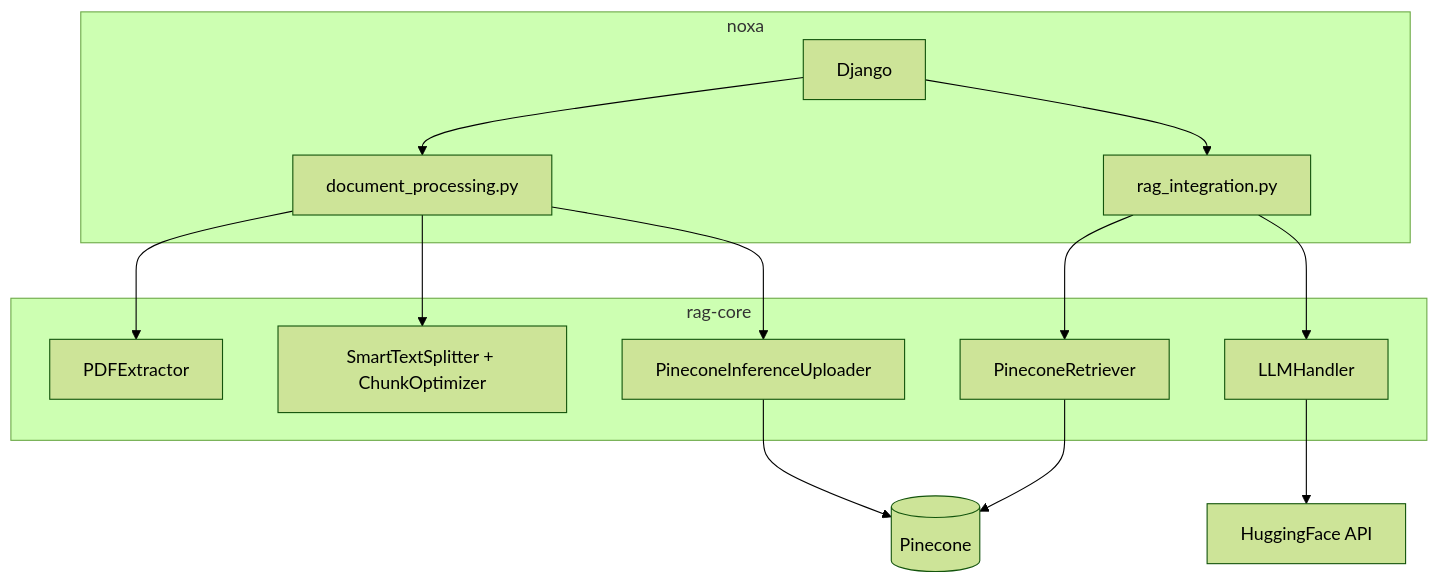
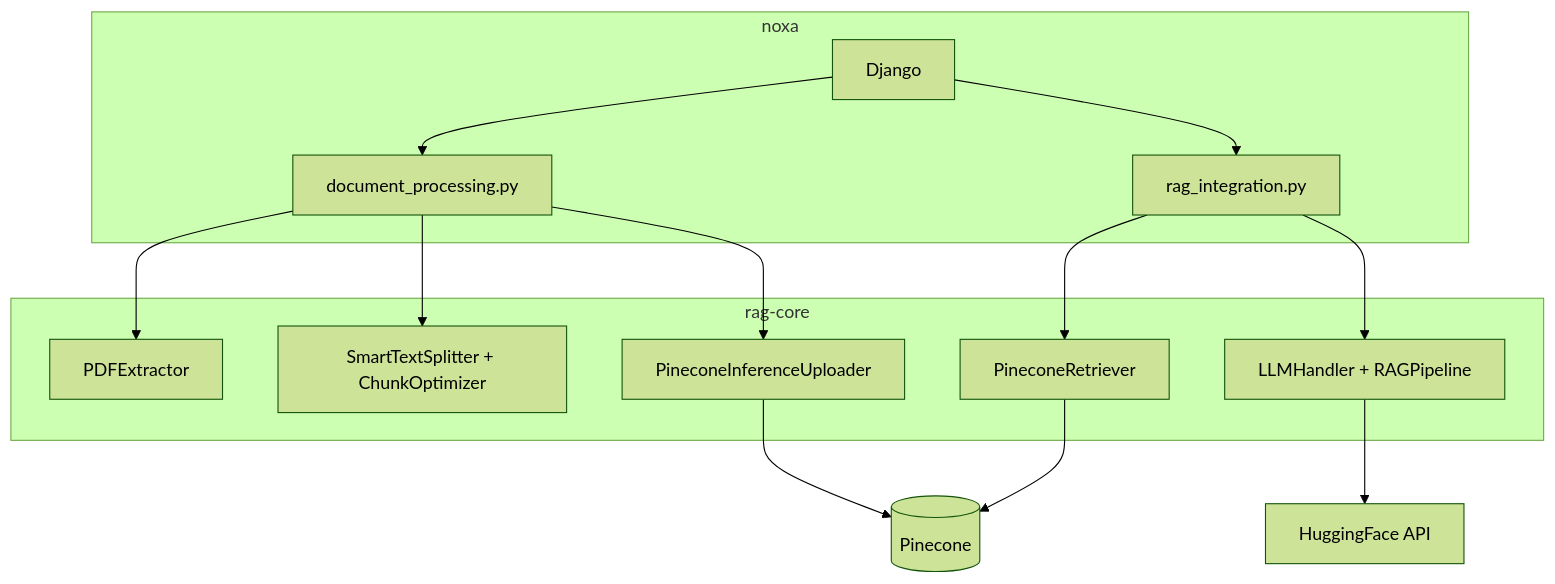
The first of 3 diagrams in readme.md (Projet-DeepSearchSnIA/rag-core), drawn with Mermaid (forest theme) before and after one commit. The commit also changed other lines of this file, not shown here.

````diff
--- a/readme.md
+++ b/readme.md
@@ -31,25 +31,25 @@
 ```mermaid
 graph TD
     subgraph noxa
         A[Django] --> B[document_processing.py]
         A --> C[rag_integration.py]
     end
 
     subgraph rag-core
         D[PDFExtractor]
         E[SmartTextSplitter + ChunkOptimizer]
         F[PineconeInferenceUploader]
         G[PineconeRetriever]
-        H[LLMHandler]
+        H[LLMHandler + RAGPipeline]
     end
 
     B --> D
     B --> E
     B --> F
     C --> G
     C --> H
 
     F --> Pinecone[(Pinecone)]
     G --> Pinecone
     H --> HF[HuggingFace API]
 ```
````
